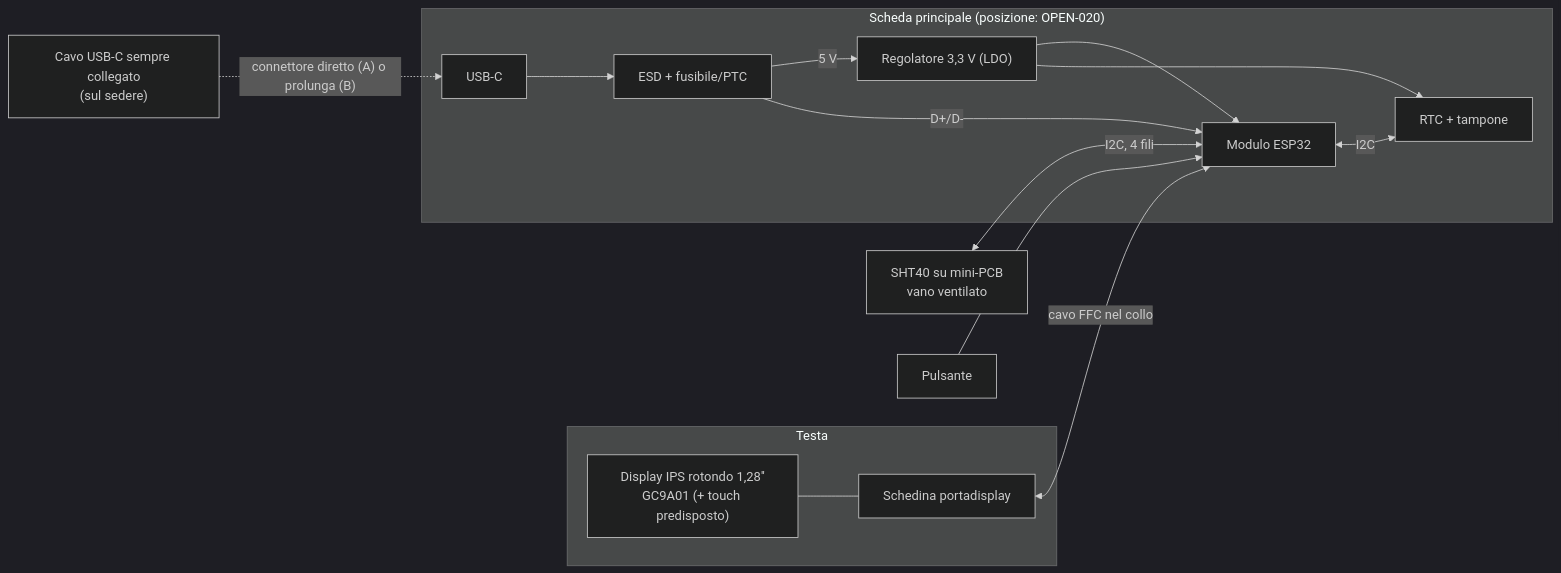
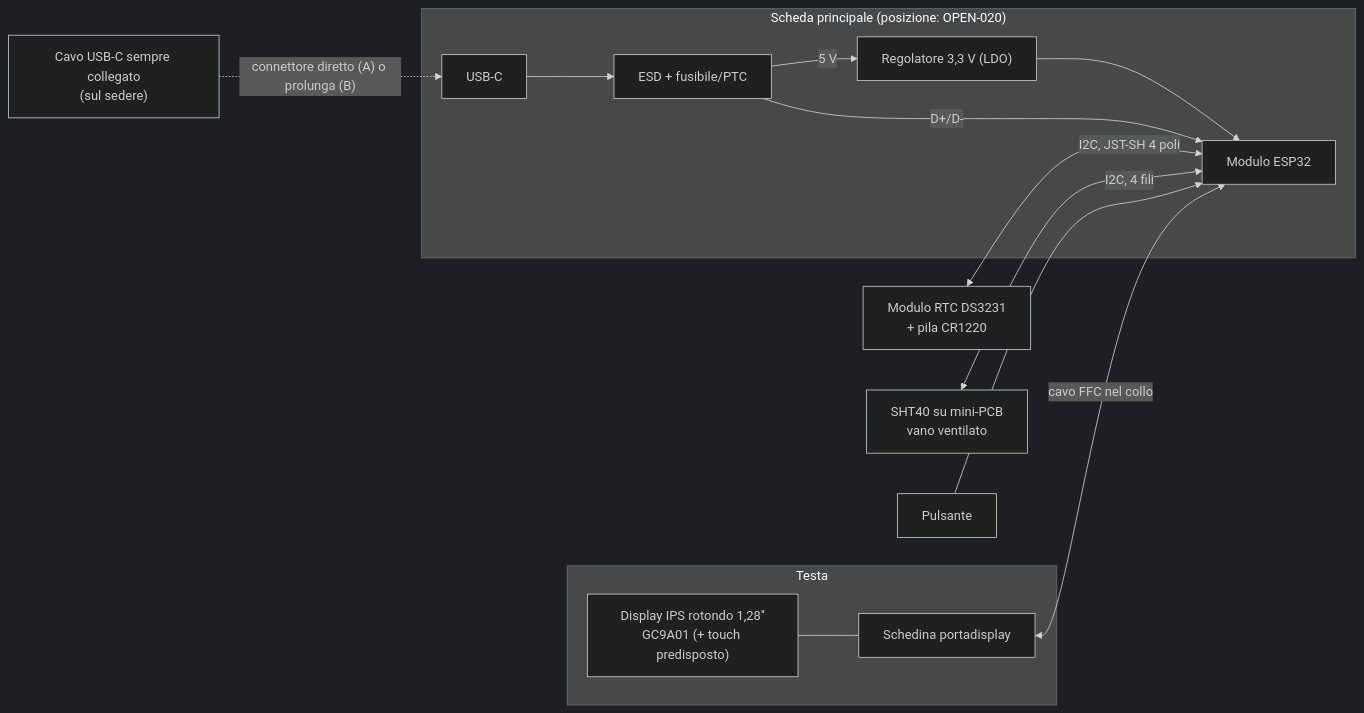
One commit to seba379/PoliClock changed the diagram in docs/02-architettura-hardware.md. Above: the diagram before and after it, drawn with Mermaid (dark theme). The commit also changed other lines of this file and 53 other files, not shown here.

First line of the commit message:
hardware: KiCad schematic rev 0.1 for main, display and SHT40 boards (v0.6)

````diff
--- a/docs/02-architettura-hardware.md
+++ b/docs/02-architettura-hardware.md
@@ -25,23 +26,21 @@
 ```mermaid
 flowchart LR
     subgraph HEAD["Testa"]
         DISP["Display IPS rotondo 1,28''<br/>GC9A01 (+ touch predisposto)"]
         CARR["Schedina portadisplay"]
         DISP --- CARR
     end
     subgraph MAIN["Scheda principale (posizione: OPEN-020)"]
         CONN["USB-C"]
         ESD["ESD + fusibile/PTC"]
         REG["Regolatore 3,3 V (LDO)"]
         MCU["Modulo ESP32"]
-        RTC["RTC + tampone"]
         CONN --> ESD -->|"5 V"| REG --> MCU
-        REG --> RTC
         ESD -->|"D+/D-"| MCU
-        MCU <-->|"I2C"| RTC
     end
+    RTC["Modulo RTC DS3231<br/>+ pila CR1220"] <-->|"I2C, JST-SH 4 poli"| MCU
     USB["Cavo USB-C sempre collegato<br/>(sul sedere)"] -.->|"connettore diretto (A) o prolunga (B)"| CONN
     CARR <-->|"cavo FFC nel collo"| MCU
     SHT["SHT40 su mini-PCB<br/>vano ventilato"] <-->|"I2C, 4 fili"| MCU
     BTN["Pulsante"] --> MCU
 ```
````
